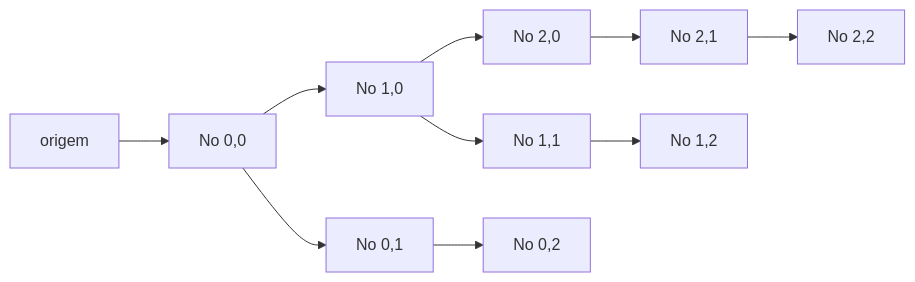
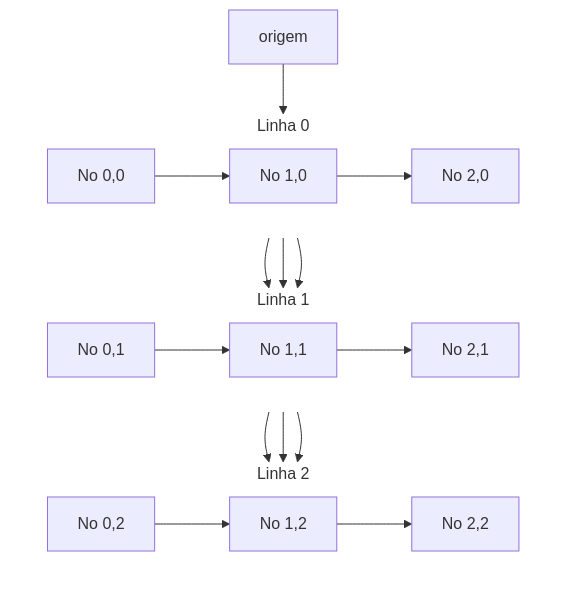
Before and after one commit to LucasTheisen31/Trabalho-1---Encadeamento: the first of 6 diagrams in README.md, drawn with Mermaid. The commit also changed other lines of this file, not shown here.

Commit message:
refactor: melhorar a visualização da grade no diagrama, organizando as linhas em subgráficos

````diff
--- a/README.md
+++ b/README.md
@@ -51,12 +51,30 @@
 ```mermaid
-flowchart LR
+flowchart TB
     gradeOrigem["origem"] --> grade00["No 0,0"]
-    grade00 --> grade10["No 1,0"]
-    grade10 --> grade20["No 2,0"]
-    grade00 --> grade01["No 0,1"]
-    grade10 --> grade11["No 1,1"]
-    grade20 --> grade21["No 2,1"]
-    grade01 --> grade02["No 0,2"]
-    grade11 --> grade12["No 1,2"]
-    grade21 --> grade22["No 2,2"]
+
+    subgraph linha0["Linha 0"]
+        direction LR
+        grade00 --> grade10["No 1,0"] --> grade20["No 2,0"]
+    end
+
+    subgraph linha1["Linha 1"]
+        direction LR
+        grade01["No 0,1"] --> grade11["No 1,1"] --> grade21["No 2,1"]
+    end
+
+    subgraph linha2["Linha 2"]
+        direction LR
+        grade02["No 0,2"] --> grade12["No 1,2"] --> grade22["No 2,2"]
+    end
+
+    grade00 --> grade01
+    grade10 --> grade11
+    grade20 --> grade21
+    grade01 --> grade02
+    grade11 --> grade12
+    grade21 --> grade22
+
+    style linha0 fill:transparent,stroke:transparent
+    style linha1 fill:transparent,stroke:transparent
+    style linha2 fill:transparent,stroke:transparent
 ```
````
